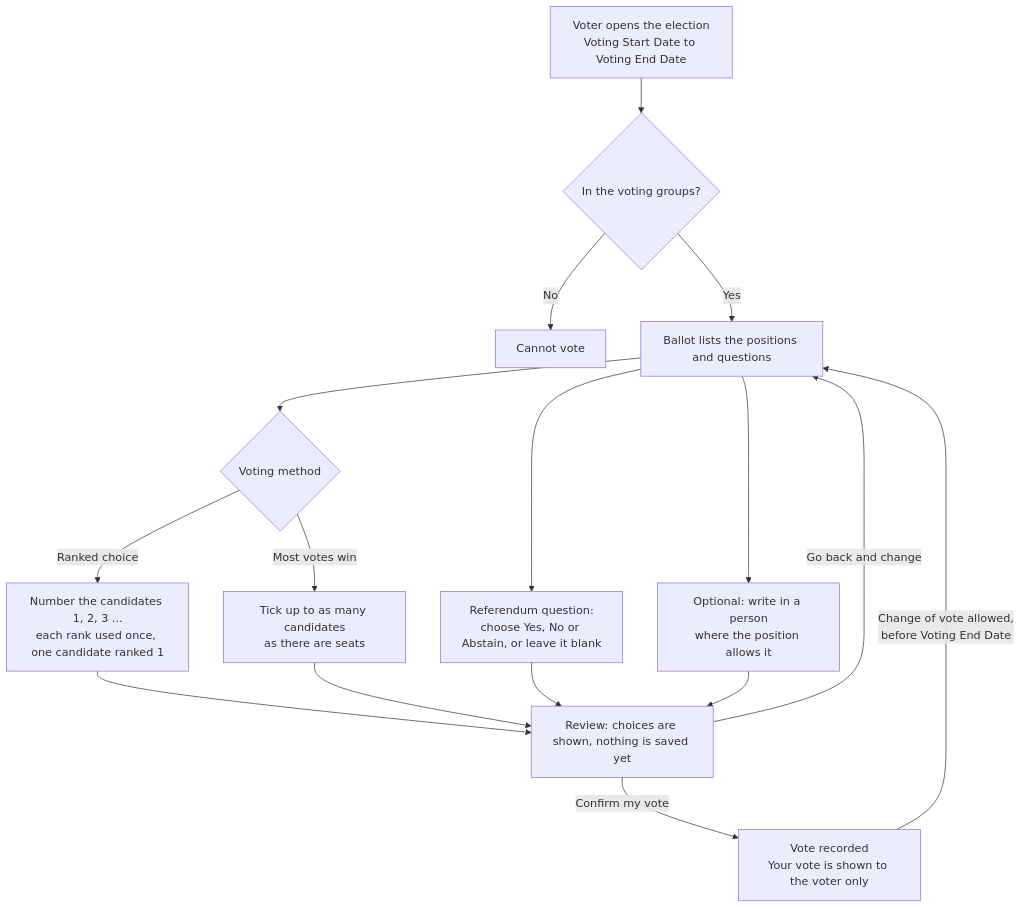
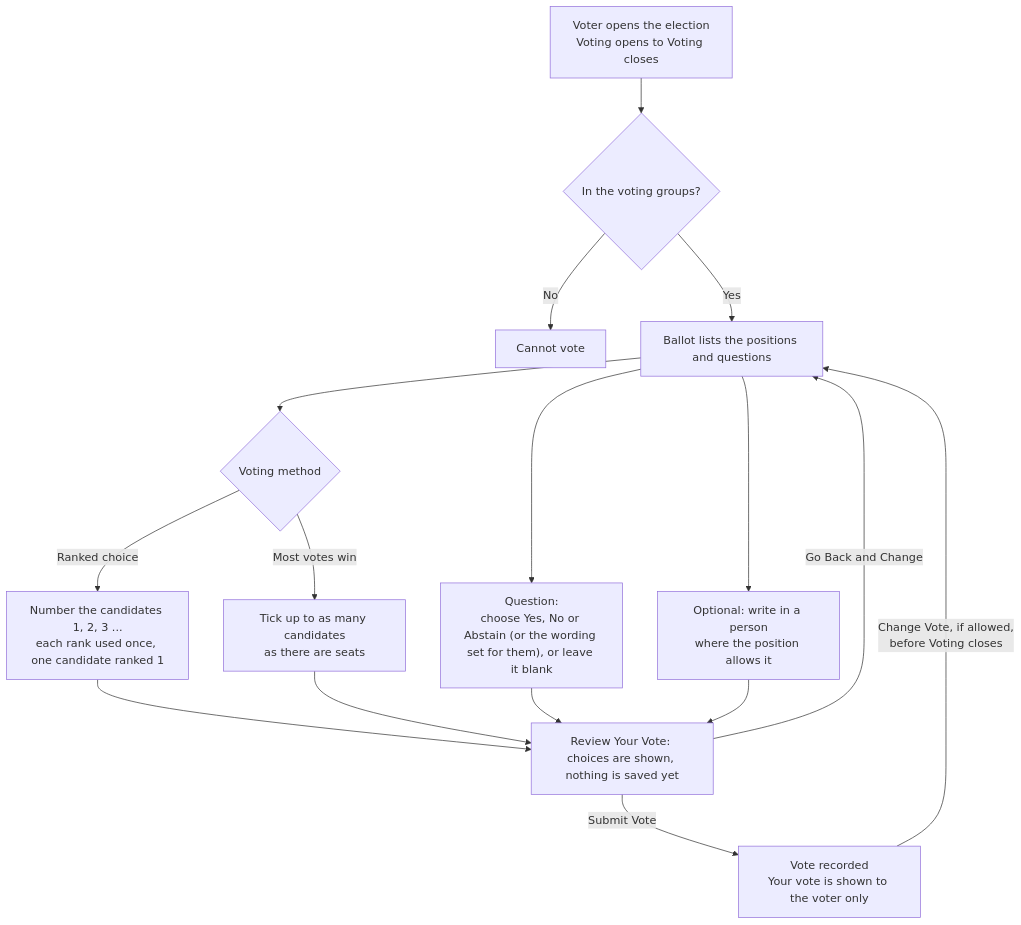
The fifth of 8 diagrams in docs/workflows.md (agileware/au.com.agileware.elections), drawn with Mermaid before and after one commit. The commit also changed other lines of this file and 198 other files, not shown here.

````diff
--- a/docs/workflows.md
+++ b/docs/workflows.md
@@ -79,18 +79,18 @@
 ```mermaid
 flowchart TD
-    V1["Voter opens the election<br/>Voting Start Date to Voting End Date"] --> V2{"In the voting groups?"}
+    V1["Voter opens the election<br/>Voting opens to Voting closes"] --> V2{"In the voting groups?"}
     V2 -->|No| V2x["Cannot vote"]
     V2 -->|Yes| V3["Ballot lists the positions and questions"]
     V3 --> V4{"Voting method"}
     V4 -->|"Ranked choice"| V5["Number the candidates 1, 2, 3 ...<br/>each rank used once, one candidate ranked 1"]
     V4 -->|"Most votes win"| V6["Tick up to as many candidates<br/>as there are seats"]
-    V3 --> V7["Referendum question:<br/>choose Yes, No or Abstain, or leave it blank"]
+    V3 --> V7["Question:<br/>choose Yes, No or Abstain (or the wording set for them), or leave it blank"]
     V3 --> V8["Optional: write in a person<br/>where the position allows it"]
-    V5 --> V9["Review: choices are shown, nothing is saved yet"]
+    V5 --> V9["Review Your Vote: choices are shown, nothing is saved yet"]
     V6 --> V9
     V7 --> V9
     V8 --> V9
-    V9 -->|"Go back and change"| V3
-    V9 -->|"Confirm my vote"| V10["Vote recorded<br/>Your vote is shown to the voter only"]
-    V10 -->|"Change of vote allowed,<br/>before Voting End Date"| V3
+    V9 -->|"Go Back and Change"| V3
+    V9 -->|"Submit Vote"| V10["Vote recorded<br/>Your vote is shown to the voter only"]
+    V10 -->|"Change Vote, if allowed,<br/>before Voting closes"| V3
 ```
````
